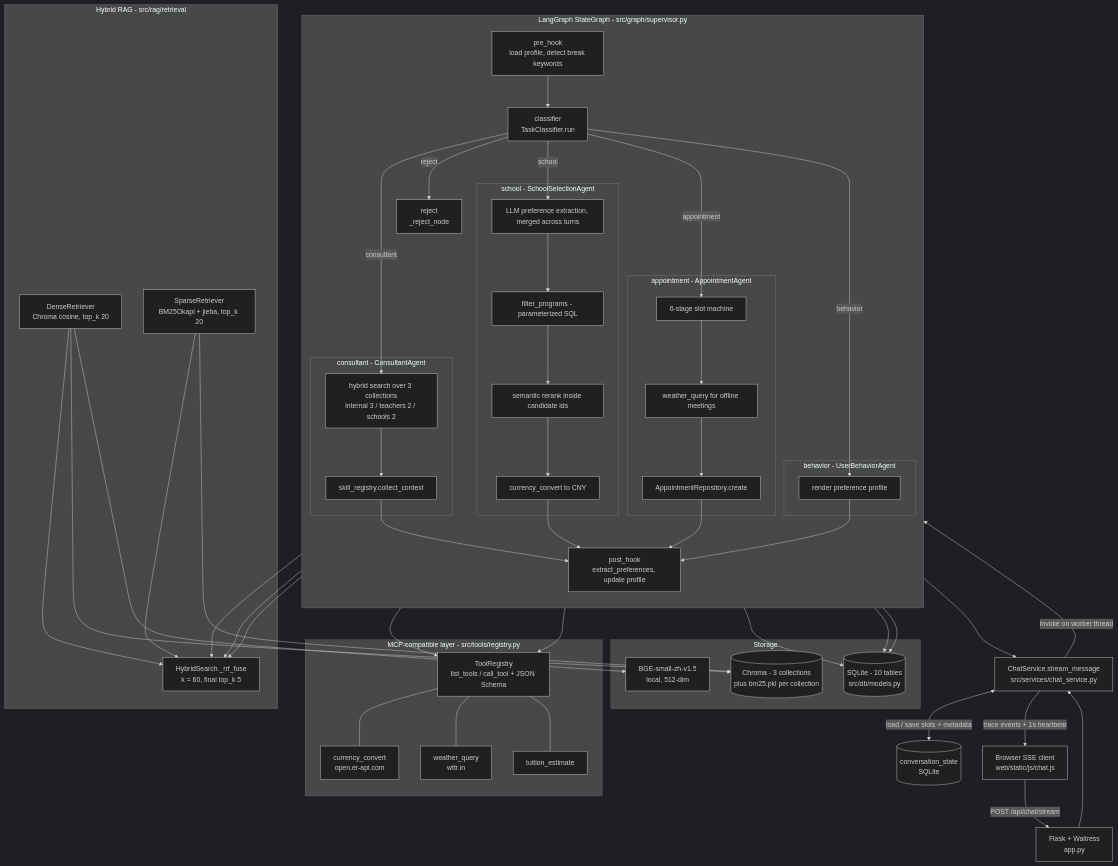
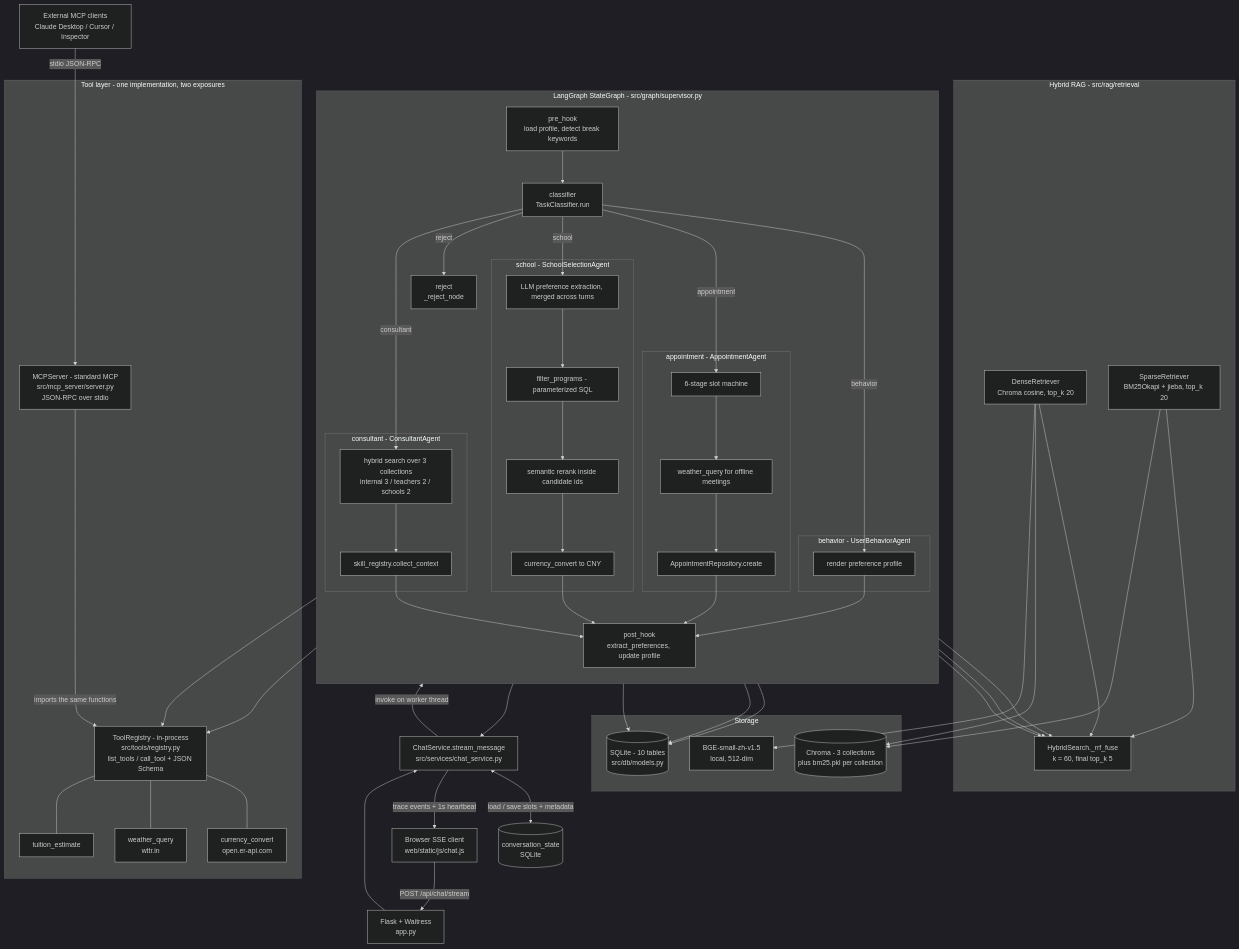
Before and after one commit to xiaowenhao404/grad-school-agent: the first of 2 diagrams in README.md, drawn with Mermaid (dark theme). The commit also changed other lines of this file and 11 other files, not shown here.

First line of the commit message:
feat(mcp): 新增基于官方 mcp SDK 的标准 MCP Server（stdio）

```diff
--- a/README.md
+++ b/README.md
@@ -83,12 +83,17 @@
         Sparse --> RRF
     end
 
-    subgraph Tools["MCP-compatible layer - src/tools/registry.py"]
-        TR["ToolRegistry<br/>list_tools / call_tool + JSON Schema"]
+    subgraph Tools["Tool layer - one implementation, two exposures"]
+        TR["ToolRegistry - in-process<br/>src/tools/registry.py<br/>list_tools / call_tool + JSON Schema"]
         TR --- T1["currency_convert<br/>open.er-api.com"]
         TR --- T2["weather_query<br/>wttr.in"]
         TR --- T3["tuition_estimate"]
+        MCPS["MCPServer - standard MCP<br/>src/mcp_server/server.py<br/>JSON-RPC over stdio"]
+        MCPS -->|"imports the same functions"| TR
     end
+
+    ExtMCP["External MCP clients<br/>Claude Desktop / Cursor / Inspector"]
+    ExtMCP -->|"stdio JSON-RPC"| MCPS
 
     subgraph Store["Storage"]
         SQL[("SQLite - 10 tables<br/>src/db/models.py")]
```
